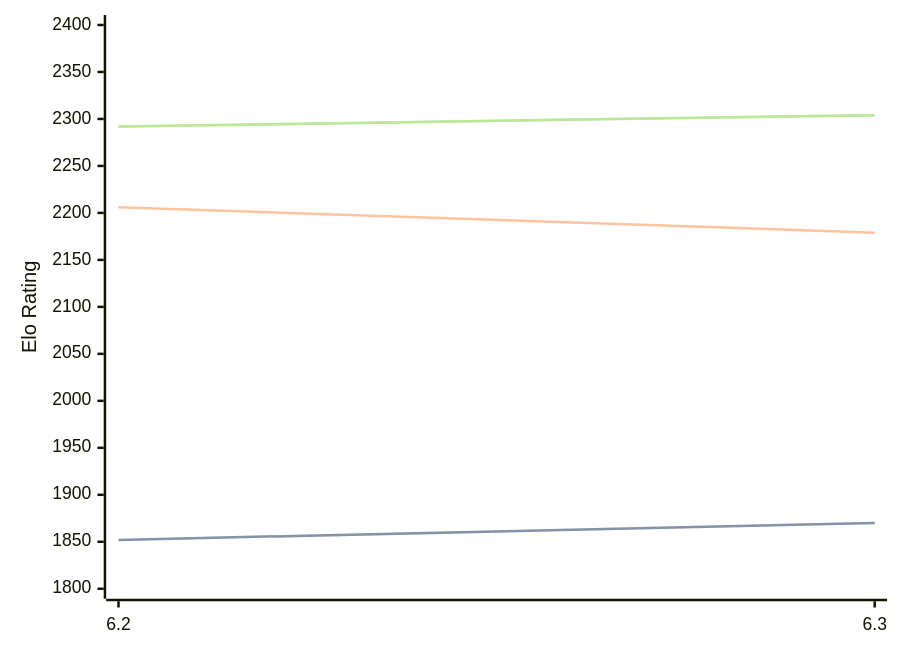
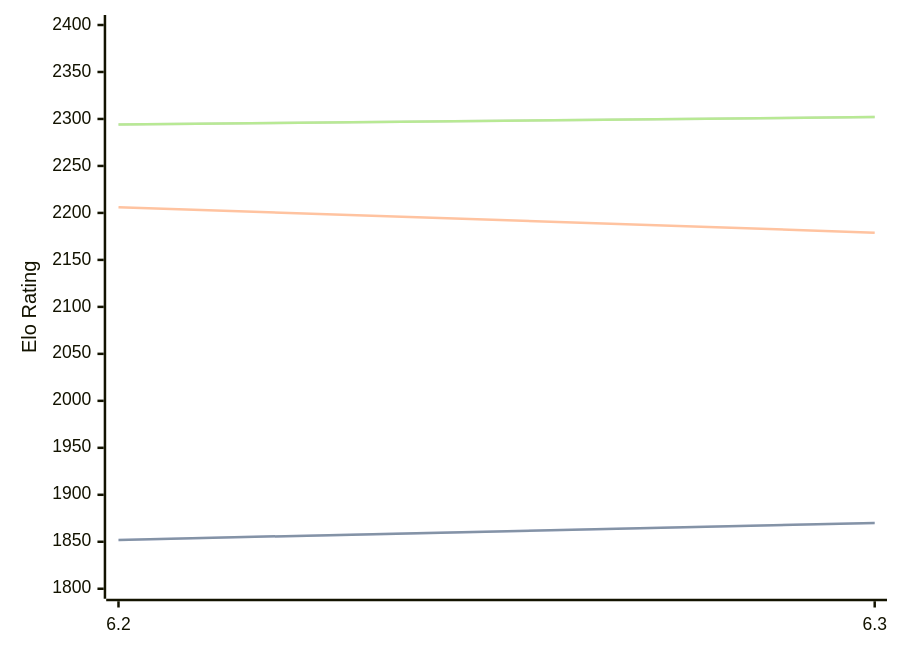
One commit to computer-chess-index/cci changed the diagram in engines/chess4j.md. Above: the diagram before and after it, drawn with Mermaid. The commit also changed other lines of this file, not shown here.

Commit message:
Update CCI Ratings (ELO VLTC) - 2026-08-23

````diff
--- a/engines/chess4j.md
+++ b/engines/chess4j.md
@@ -32,11 +32,11 @@
 ```mermaid
 %%{init: {"theme":"base","themeVariables":{"seriesColors:['#a3a3a3','#222221','#faa371']}}}%%
 xychart-beta
   x-axis ["6.2", "6.3"]
   y-axis "Elo Rating" 1800 --> 2400
   line "STC (8.0+0.08s)" [1852, 1870]
   line "STC (8.0+0.08s)" [1852, 1870]
   line "LTC (60.0+0.60s)" [2206, 2179]
-  line "VLTC (2m24s+1.12s)" [2292, 2304]
-  line "VLTC (2m24s+1.12s)" [2292, 2304]
+  line "VLTC (2m24s+1.12s)" [2294, 2302]
+  line "VLTC (2m24s+1.12s)" [2294, 2302]
 ```
````
